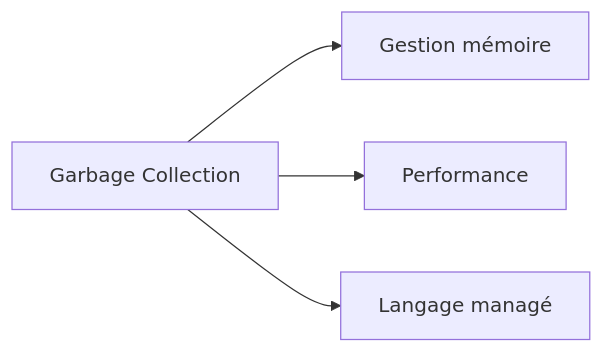
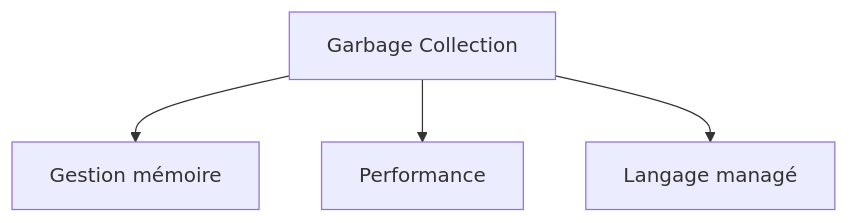
Diagram 16 of 38 in docs/glossaire/bases-fondamentales.md (zyrass/omnydocs), drawn with Mermaid before and after one commit. The commit also changed other lines of this file and 1780 other files, not shown here.

````diff
--- a/docs/glossaire/bases-fondamentales.md
+++ b/docs/glossaire/bases-fondamentales.md
@@ -316,6 +382,6 @@
-    ```mermaid
-    graph LR
-        A[Garbage Collection] --> B[Gestion mémoire]
-        A --> C[Performance]
-        A --> D[Langage managé]
-    ```
+```mermaid
+graph TB
+    A[Garbage Collection] --> B[Gestion mémoire]
+    A --> C[Performance]
+    A --> D[Langage managé]
+```
````
